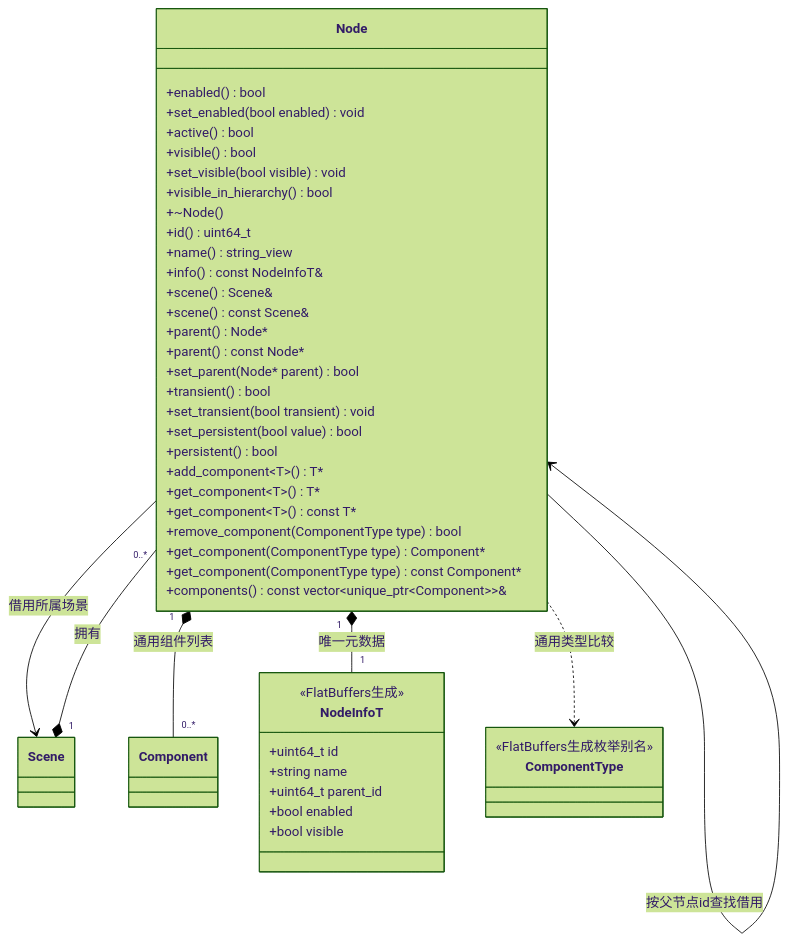
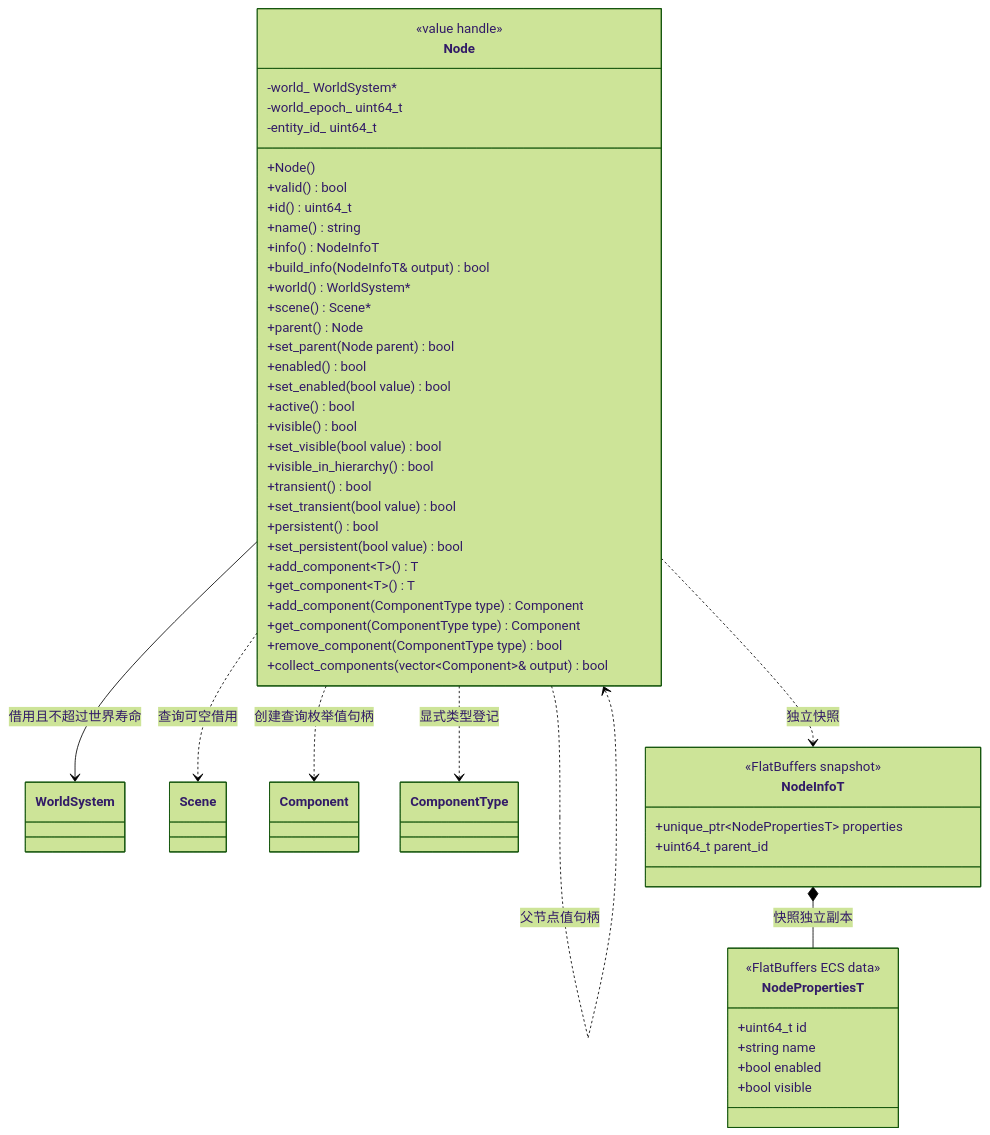
The diagram in docs/runtime/class-diagrams/node.md (lcals/Engine), drawn with Mermaid (forest theme) before and after one commit. The commit also changed other lines of this file and 291 other files, not shown here.

Commit message:
Migrate scene data to ECS and add rendering quality controls

````diff
--- a/docs/runtime/class-diagrams/node.md
+++ b/docs/runtime/class-diagrams/node.md
@@ -5,50 +5,58 @@
 ```mermaid
 classDiagram
     class Node {
+        <<value handle>>
+        +Node()
+        +valid() bool
+        +id() uint64_t
+        +name() string
+        +info() NodeInfoT
+        +build_info(NodeInfoT& output) bool
+        +world() WorldSystem#42;
+        +scene() Scene#42;
+        +parent() Node
+        +set_parent(Node parent) bool
         +enabled() bool
-        +set_enabled(bool enabled) void
+        +set_enabled(bool value) bool
         +active() bool
         +visible() bool
-        +set_visible(bool visible) void
+        +set_visible(bool value) bool
         +visible_in_hierarchy() bool
-        +~Node()
-        +id() uint64_t
-        +name() string_view
-        +info() const NodeInfoT&
-        +scene() Scene&
-        +scene() const Scene&
-        +parent() Node#42;
-        +parent() const Node#42;
-        +set_parent(Node#42; parent) bool
         +transient() bool
-        +set_transient(bool transient) void
+        +set_transient(bool value) bool
+        +persistent() bool
         +set_persistent(bool value) bool
-        +persistent() bool
-        +add_component~T~() T#42;
-        +get_component~T~() T#42;
-        +get_component~T~() const T#42;
+        +add_component~T~() T
+        +get_component~T~() T
+        +add_component(ComponentType type) Component
+        +get_component(ComponentType type) Component
         +remove_component(ComponentType type) bool
-        +get_component(ComponentType type) Component#42;
-        +get_component(ComponentType type) const Component#42;
-        +components() const vector~unique_ptr~Component~~&
+        +collect_components(vector~Component~& output) bool
+        -world_ WorldSystem#42;
+        -world_epoch_ uint64_t
+        -entity_id_ uint64_t
     }
+    class WorldSystem
     class Scene
     class Component
+    class ComponentType
     class NodeInfoT {
-        <<FlatBuffers生成>>
+        <<FlatBuffers snapshot>>
+        +unique_ptr~NodePropertiesT~ properties
+        +uint64_t parent_id
+    }
+    class NodePropertiesT {
+        <<FlatBuffers ECS data>>
         +uint64_t id
         +string name
-        +uint64_t parent_id
         +bool enabled
         +bool visible
     }
-    class ComponentType {
-        <<FlatBuffers生成枚举别名>>
-    }
-    Scene "1" *-- "0..*" Node : 拥有
-    Node --> Scene : 借用所属场景
-    Node --> Node : 按父节点id查找借用
-    Node "1" *-- "1" NodeInfoT : 唯一元数据
-    Node "1" *-- "0..*" Component : 通用组件列表
-    Node ..> ComponentType : 通用类型比较
+    Node --> WorldSystem : 借用且不超过世界寿命
+    Node ..> Scene : 查询可空借用
+    Node ..> Node : 父节点值句柄
+    Node ..> Component : 创建查询枚举值句柄
+    Node ..> ComponentType : 显式类型登记
+    Node ..> NodeInfoT : 独立快照
+    NodeInfoT *-- NodePropertiesT : 快照独立副本
 ```
````
